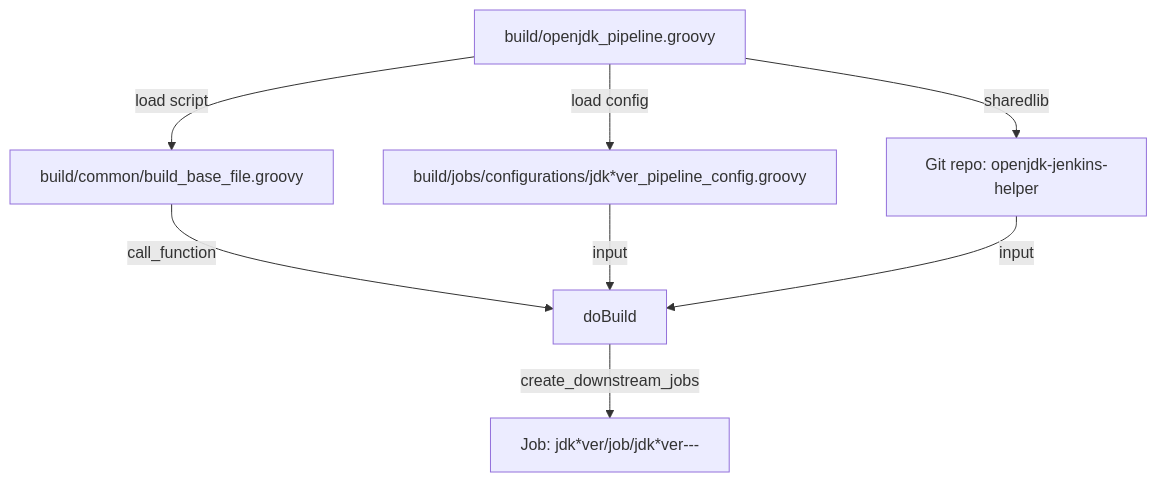
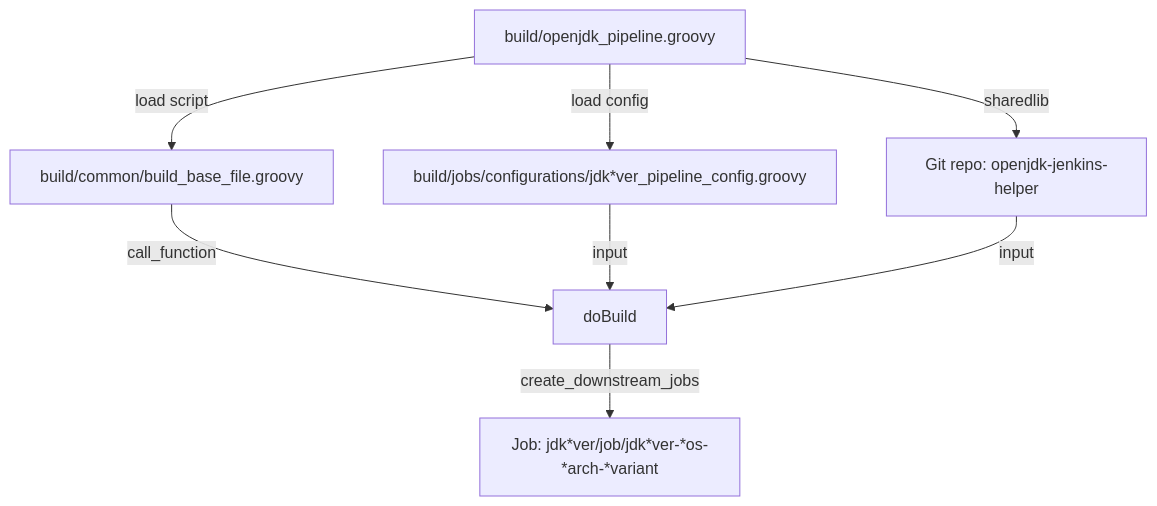
Before and after one commit to adoptium/ci-jenkins-pipelines: the sixth of 9 diagrams in docs/diagram.md, drawn with Mermaid. The commit also changed other lines of this file and 1 other file, not shown here.

Commit message:
docs: add more diagram for build.sh

````diff
--- a/docs/diagram.md
+++ b/docs/diagram.md
@@ -64,17 +64,17 @@
 ```mermaid
 flowchart TD 
 Call[build/openjdk_pipeline.groovy] --load script--> 
 Load1[build/common/build_base_file.groovy]
  
 Call --load config--> Load2[build/jobs/configurations/jdk*ver_pipeline_config.groovy]
 
 Call --sharedlib --> 
 Load3[Git repo: openjdk-jenkins-helper]
 
 Load1 --call_function--> Build[doBuild]
 Load2 --input--> Build
 Load3 --input--> Build
 
 Build --create_downstream_jobs --> 
-Done[Job: jdk*ver/job/jdk*ver-<os>-<arch>-<variant>]
+Done[Job: jdk*ver/job/jdk*ver-*os-*arch-*variant]
 ```
````
